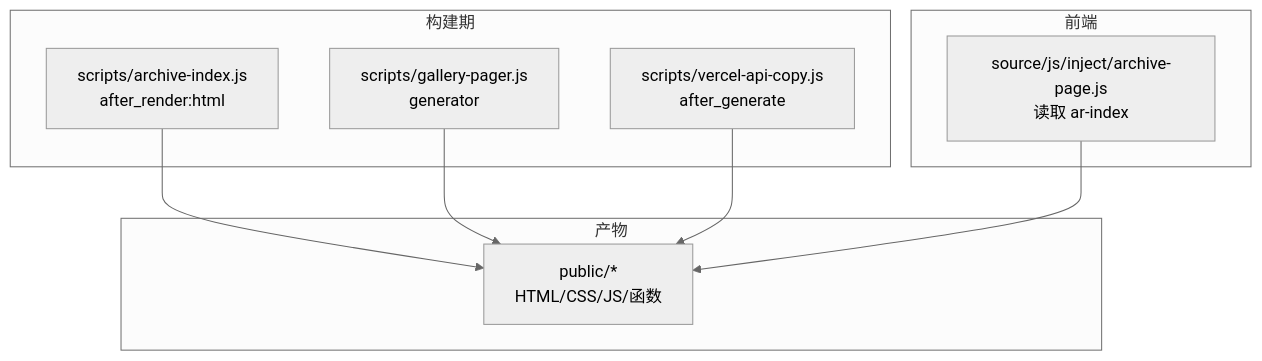
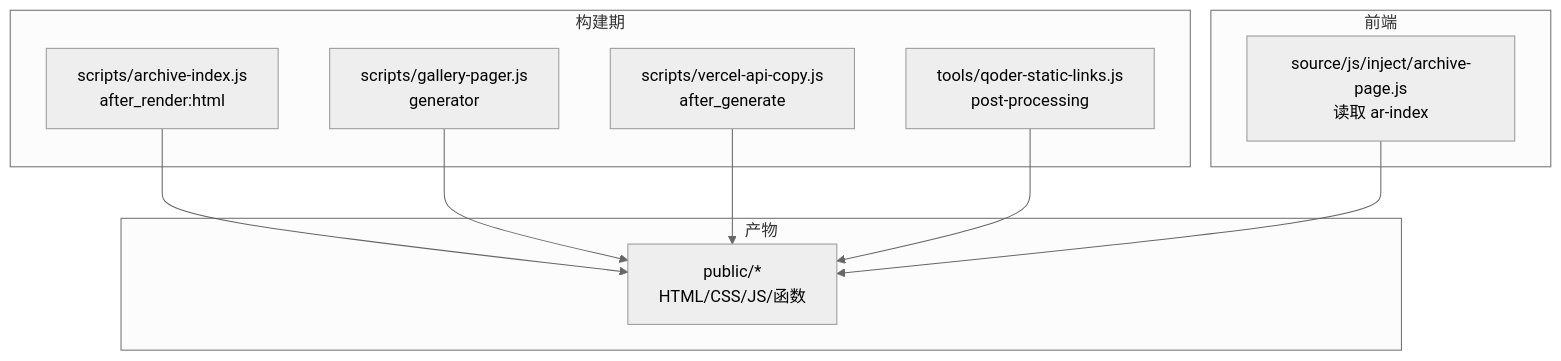
The first of 9 diagrams in .qoder/repowiki/zh/content/开发工具与脚本/构建脚本.md (N1280851853/my_blog), drawn with Mermaid (neutral theme) before and after one commit. The commit also changed other lines of this file and 8 other files, not shown here.

````diff
--- a/.qoder/repowiki/zh/content/开发工具与脚本/构建脚本.md
+++ b/.qoder/repowiki/zh/content/开发工具与脚本/构建脚本.md
@@ -44,18 +52,20 @@
 ```mermaid
 graph TB
 subgraph "构建期"
 A["scripts/archive-index.js<br/>after_render:html"]
 B["scripts/gallery-pager.js<br/>generator"]
 C["scripts/vercel-api-copy.js<br/>after_generate"]
+D["tools/qoder-static-links.js<br/>post-processing"]
 end
 subgraph "产物"
 P["public/*<br/>HTML/CSS/JS/函数"]
 end
 subgraph "前端"
 F["source/js/inject/archive-page.js<br/>读取 ar-index"]
 end
 A --> P
 B --> P
 C --> P
+D --> P
 F --> P
 ```
````
